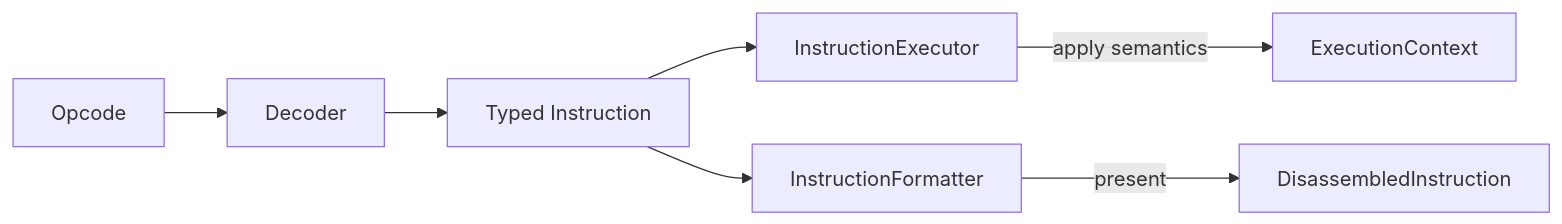
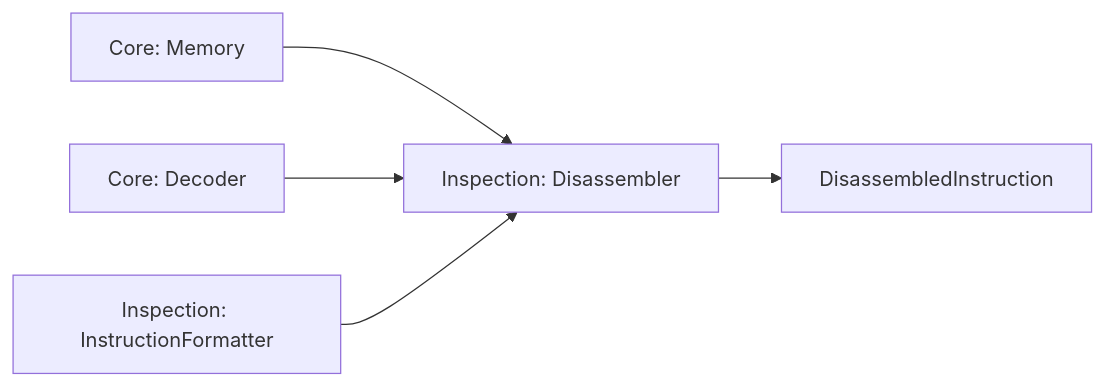
Before and after one commit to fa-ribeiro/Chip8NX: the fifth of 9 diagrams in docs/architecture/overview.md, drawn with Mermaid. The commit also changed other lines of this file and 12 other files, not shown here.

Commit message:
refactor: extract passive inspection tooling from core

````diff
--- a/docs/architecture/overview.md
+++ b/docs/architecture/overview.md
@@ -153,20 +142,13 @@
 ```mermaid
 flowchart LR
-    Opcode["Opcode"]
-    Decoder["Decoder"]
-    Instruction["Typed Instruction"]
+    Memory["Core: Memory"]
+    Decoder["Core: Decoder"]
+    Disassembler["Inspection: Disassembler"]
+    Formatter["Inspection: InstructionFormatter"]
+    Listing["DisassembledInstruction"]
 
-    Executor["InstructionExecutor"]
-    Context["ExecutionContext"]
-
-    Formatter["InstructionFormatter"]
-    Result["DisassembledInstruction"]
-    Opcode --> Decoder
-    Decoder --> Instruction
-
-    Instruction --> Executor
-    Executor -->|"apply semantics"| Context
-
-    Instruction --> Formatter
-    Formatter -->|"present"| Result
+    Memory --> Disassembler
+    Decoder --> Disassembler
+    Formatter --> Disassembler
+    Disassembler --> Listing
 ```
````
